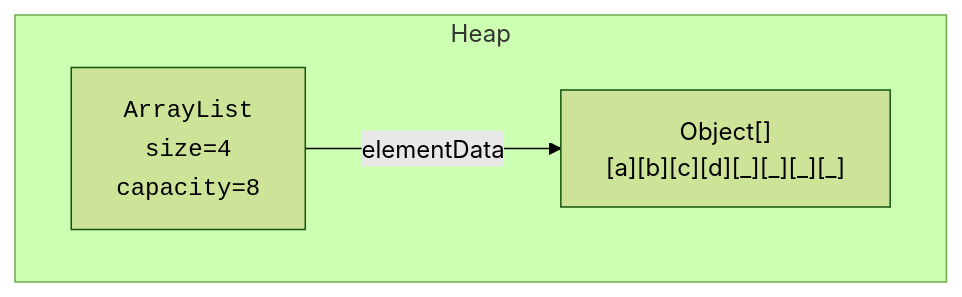
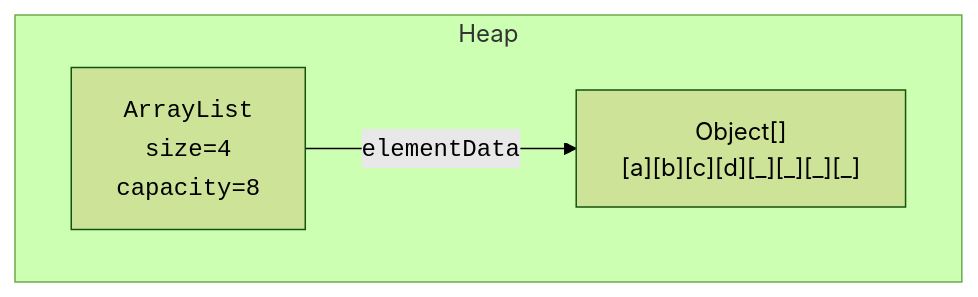
Before and after one commit to dataslope/dataslope: the second of 3 diagrams in content/learn/java-collections-and-generics-deep-dive/lists.mdx, drawn with Mermaid (forest theme). The commit also changed 46 other files, not shown here.

First line of the commit message:
Wrap code in mermaid edge labels + entity/table names in DB diagrams

````diff
--- a/content/learn/java-collections-and-generics-deep-dive/lists.mdx
+++ b/content/learn/java-collections-and-generics-deep-dive/lists.mdx
@@ -71,8 +71,8 @@
 ```mermaid
 flowchart LR
     subgraph Heap
       direction LR
       A["<code>ArrayList<br/>size=4<br/>capacity=8</code>"]
-      A -->|elementData| ARR["Object[]<br/>[a][b][c][d][_][_][_][_]"]
+      A -->|"<code>elementData</code>"| ARR["Object[]<br/>[a][b][c][d][_][_][_][_]"]
     end
 ```
````
